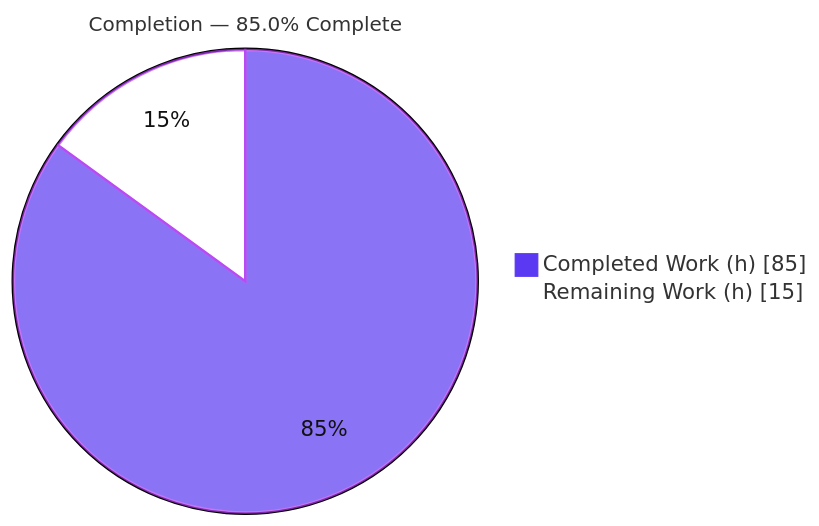
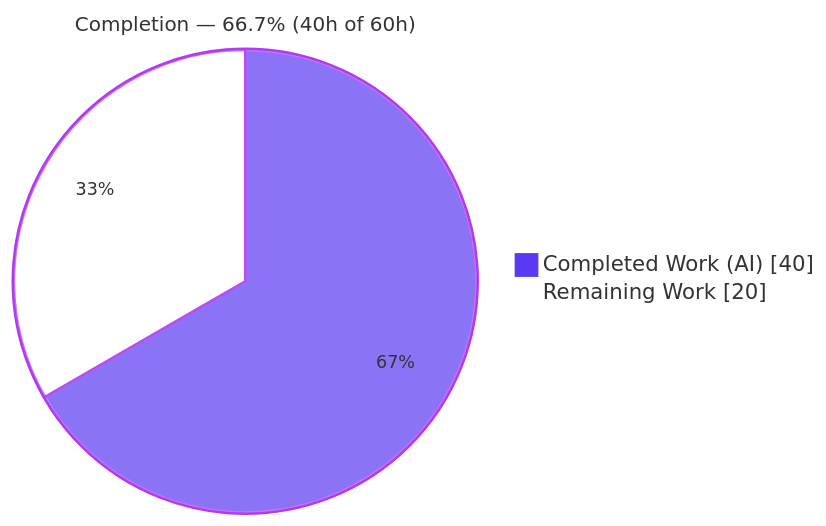
Before and after one commit to blitzy-public-samples/blitzy-WebVella-ERP: the first of 3 diagrams in blitzy/documentation/Project Guide.md, drawn with Mermaid. The commit also changed other lines of this file, not shown here.

Commit message:
Adding Blitzy Project Guide: Project Status and Human Tasks Remaining

````diff
--- a/blitzy/documentation/Project Guide.md
+++ b/blitzy/documentation/Project Guide.md
@@ -17,6 +14,7 @@
 ```mermaid
-%%{init: {'theme':'base', 'themeVariables':{'pie1':'#5B39F3','pie2':'#FFFFFF','pieStrokeColor':'#B23AF2','pieStrokeWidth':'2px','pieOuterStrokeWidth':'2px','pieTitleTextSize':'16px','pieSectionTextColor':'#111111'}}}%%
-pie showData title Completion — 85.0% Complete
-    "Completed Work (h)" : 85
-    "Remaining Work (h)" : 15
+%%{init: {'theme':'base','themeVariables':{'pie1':'#5B39F3','pie2':'#FFFFFF','pieStrokeColor':'#B23AF2','pieStrokeWidth':'2px','pieOuterStrokeColor':'#B23AF2','pieOuterStrokeWidth':'2px','pieTitleTextSize':'16px','pieSectionTextSize':'14px'}}}%%
+pie showData
+    title Completion — 66.7% (40h of 60h)
+    "Completed Work (AI)" : 40
+    "Remaining Work" : 20
 ```
````
